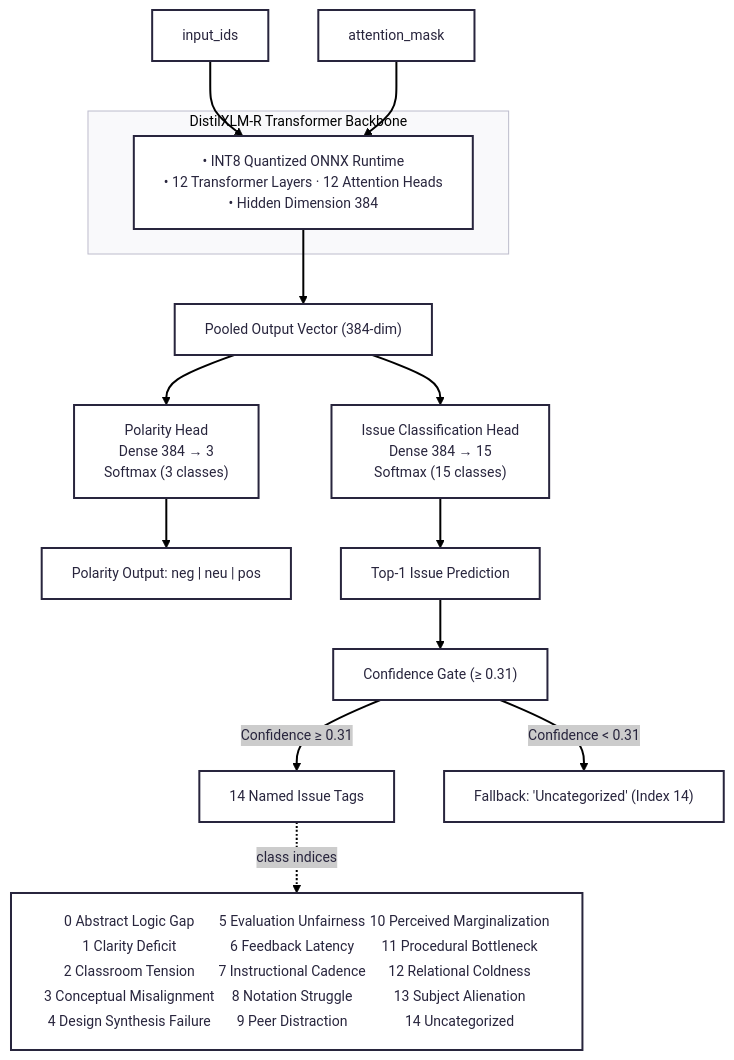
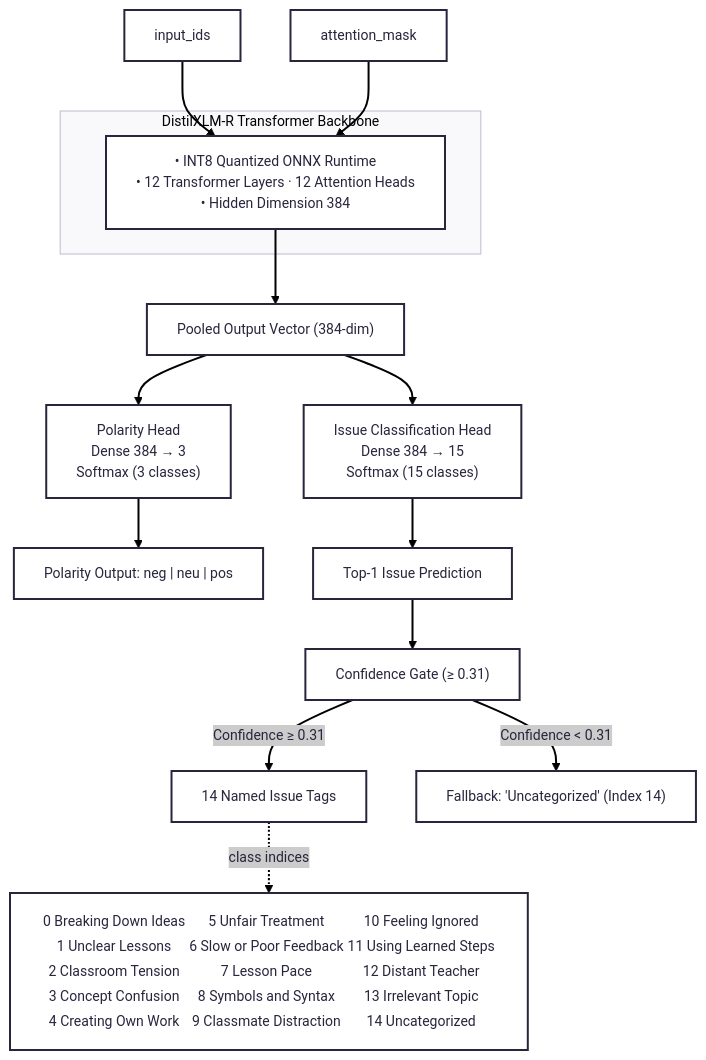
One commit to francis-villapando/feeana changed the diagram in docs/model_architecture_diagram.md. Above: the diagram before and after it, drawn with Mermaid. The commit also changed 3 other files, not shown here.

Commit message:
feat(diagrams): document persistence, faculty override loop, and tensor details

````diff
--- a/docs/model_architecture_diagram.md
+++ b/docs/model_architecture_diagram.md
@@ -1,43 +1,43 @@
 ```mermaid
 ---
 config:
   theme: redux
   look: classic
   flowchart:
     wrappingWidth: 1000
 ---
 flowchart TB
 
     INPUT_IDS["input_ids"]
     ATT_MASK["attention_mask"]
 
     subgraph BACKBONE["DistilXLM-R Transformer Backbone"]
         ENCODER["• INT8 Quantized ONNX Runtime<br/>• 12 Transformer Layers · 12 Attention Heads<br/>• Hidden Dimension 384"]
     end
 
     POOLED["Pooled Output Vector (384-dim)"]
 
     POL_HEAD["Polarity Head<br/>Dense 384 → 3<br/>Softmax (3 classes)"]
     ISS_HEAD["Issue Classification Head<br/>Dense 384 → 15<br/>Softmax (15 classes)"]
 
     POL_OUT["Polarity Output: neg | neu | pos"]
     ISS_OUT["Top-1 Issue Prediction"]
 
     GATE["Confidence Gate (≥ 0.31)"]
     TAGS["14 Named Issue Tags"]
     FALLBACK["Fallback: 'Uncategorized' (Index 14)"]
 
-    LEG_COL["<table><tr><td>0 Abstract Logic Gap</td><td>5 Evaluation Unfairness</td><td>10 Perceived Marginalization</td></tr><tr><td>1 Clarity Deficit</td><td>6 Feedback Latency</td><td>11 Procedural Bottleneck</td></tr><tr><td>2 Classroom Tension</td><td>7 Instructional Cadence</td><td>12 Relational Coldness</td></tr><tr><td>3 Conceptual Misalignment</td><td>8 Notation Struggle</td><td>13 Subject Alienation</td></tr><tr><td>4 Design Synthesis Failure</td><td>9 Peer Distraction</td><td>14 Uncategorized</td></tr></table>"]
+    LEG_COL["<table><tr><td>0 Breaking Down Ideas</td><td>5 Unfair Treatment</td><td>10 Feeling Ignored</td></tr><tr><td>1 Unclear Lessons</td><td>6 Slow or Poor Feedback</td><td>11 Using Learned Steps</td></tr><tr><td>2 Classroom Tension</td><td>7 Lesson Pace</td><td>12 Distant Teacher</td></tr><tr><td>3 Concept Confusion</td><td>8 Symbols and Syntax</td><td>13 Irrelevant Topic</td></tr><tr><td>4 Creating Own Work</td><td>9 Classmate Distraction</td><td>14 Uncategorized</td></tr></table>"]
 
     INPUT_IDS --> ENCODER
     ATT_MASK --> ENCODER
     ENCODER --> POOLED
     POOLED --> POL_HEAD
     POOLED --> ISS_HEAD
     POL_HEAD --> POL_OUT
     ISS_HEAD --> ISS_OUT
     ISS_OUT --> GATE
     GATE -->|"Confidence ≥ 0.31"| TAGS
     GATE -->|"Confidence < 0.31"| FALLBACK
     TAGS -.->|"class indices"| LEG_COL
 ```
````
